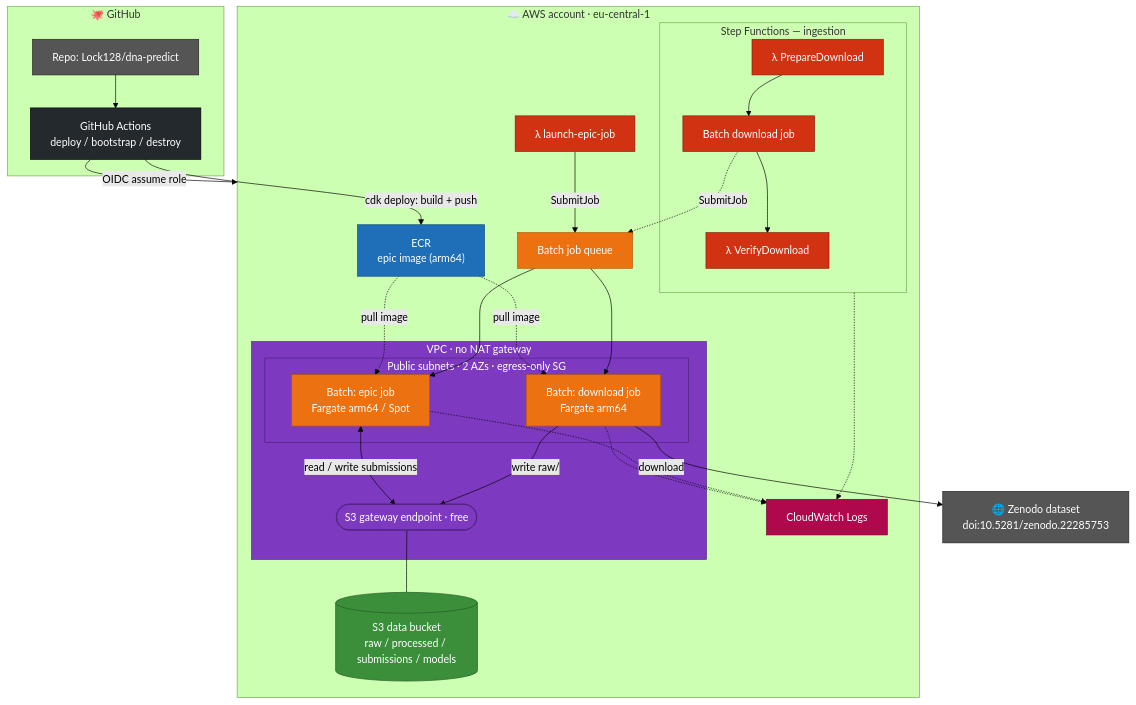
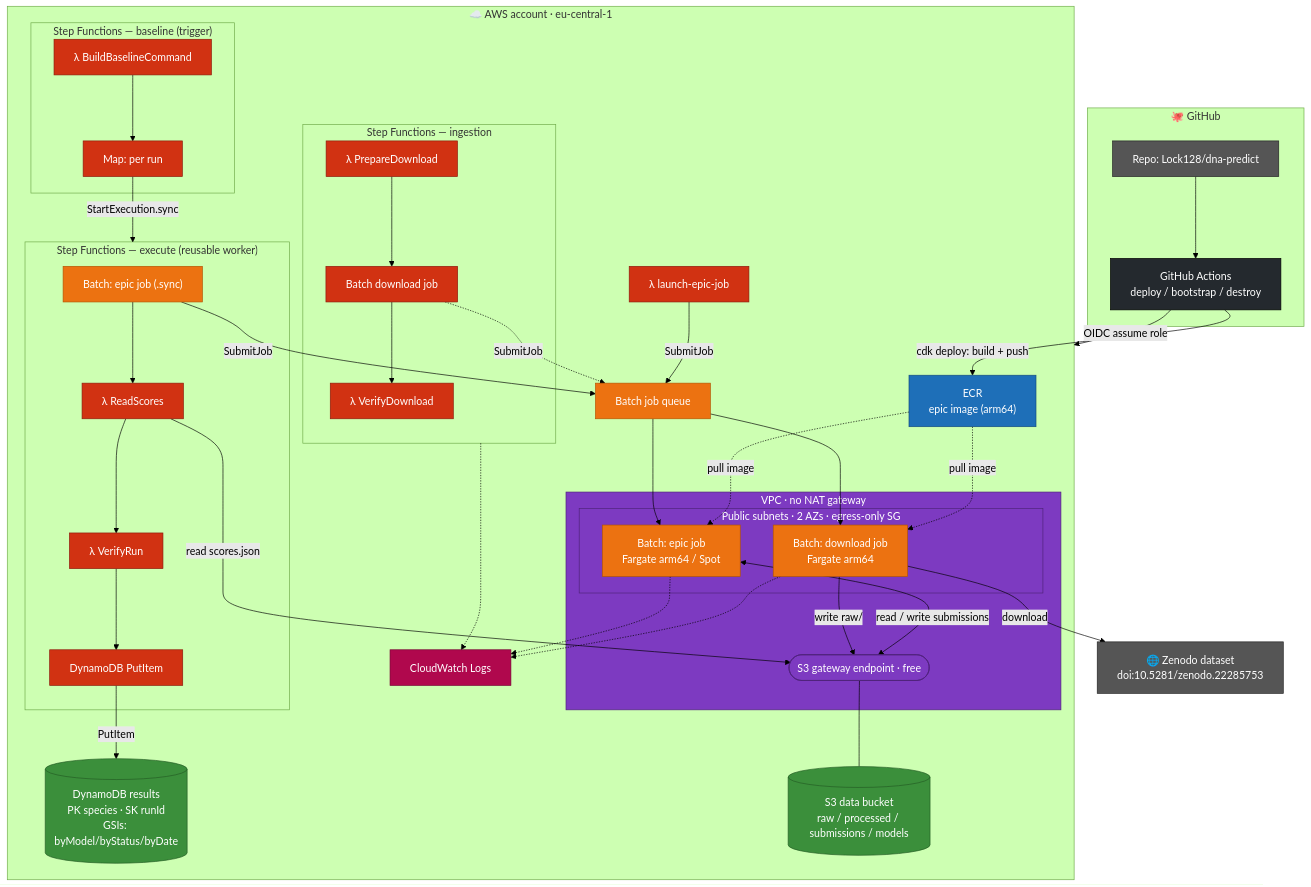
One commit to Lock128/dna-predict changed the first of 2 diagrams in docs/AWS.md. Above: the diagram before and after it, drawn with Mermaid (forest theme). The commit also changed other lines of this file and 14 other files, not shown here.

```diff
--- a/docs/AWS.md
+++ b/docs/AWS.md
@@ -217,6 +217,22 @@
         launcher["λ launch-epic-job"]
         queue["Batch job queue"]
 
+        subgraph BASE["Step Functions — baseline (trigger)"]
+            build["λ BuildBaselineCommand"]
+            fanout["Map: per run"]
+            build --> fanout
+        end
+
+        subgraph EXEC["Step Functions — execute (reusable worker)"]
+            runjob["Batch: epic job (.sync)"]
+            readsc["λ ReadScores"]
+            verifyrun["λ VerifyRun"]
+            record["DynamoDB PutItem"]
+            runjob --> readsc --> verifyrun --> record
+        end
+
+        results[("DynamoDB results<br/>PK species · SK runId<br/>GSIs: byModel/byStatus/byDate")]
+
         subgraph VPC["VPC · no NAT gateway"]
             subgraph PUB["Public subnets · 2 AZs · egress-only SG"]
                 epicjob["Batch: epic job<br/>Fargate arm64 / Spot"]
@@ -234,6 +250,10 @@
 
     launcher -->|SubmitJob| queue
     run -.->|SubmitJob| queue
+    fanout -->|StartExecution.sync| EXEC
+    runjob -->|SubmitJob| queue
+    readsc -->|read scores.json| s3ep
+    record -->|PutItem| results
     queue --> epicjob
     queue --> dljob
 
@@ -258,9 +278,9 @@
     classDef external fill:#555,stroke:#222,color:#fff;
     classDef cicd fill:#24292E,stroke:#000,color:#fff;
 
-    class epicjob,dljob,queue compute;
-    class prep,verify,launcher,run serverless;
-    class s3 storage;
+    class epicjob,dljob,queue,runjob compute;
+    class prep,verify,launcher,run,build,fanout,readsc,verifyrun,record serverless;
+    class s3,results storage;
     class s3ep,VPC,PUB network;
     class ecr registry;
     class logs observability;
```
